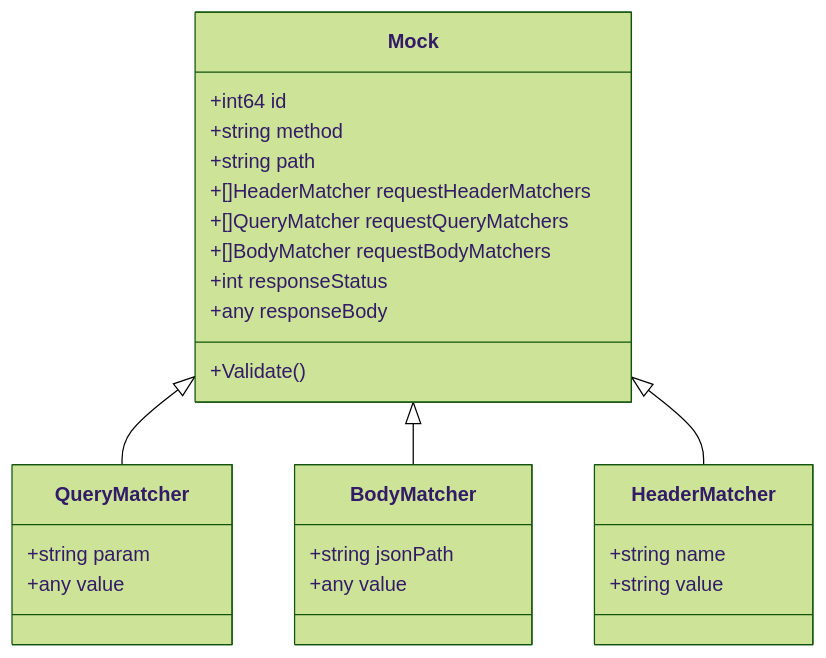
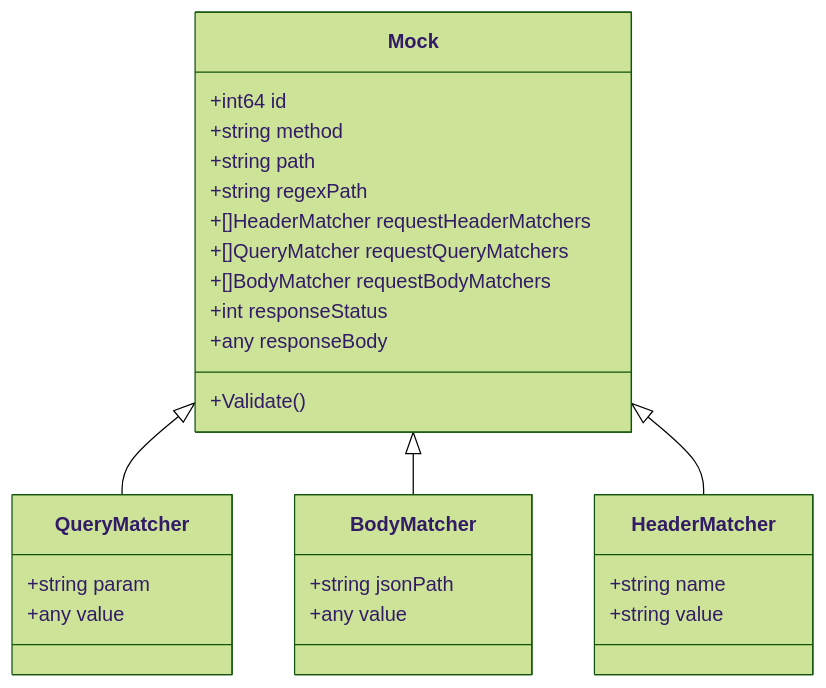
The diagram in README.md (rromanowicz/mockery), drawn with Mermaid (forest theme) before and after one commit. The commit also changed other lines of this file, not shown here.

````diff
--- a/README.md
+++ b/README.md
@@ -49,30 +49,31 @@
 ```mermaid
 classDiagram
   Mock <|-- QueryMatcher
   Mock <|-- BodyMatcher
   Mock <|-- HeaderMatcher
 
   class Mock {
       +int64 id
       +string method
       +string path
+      +string regexPath
       +[]HeaderMatcher requestHeaderMatchers
       +[]QueryMatcher requestQueryMatchers
       +[]BodyMatcher requestBodyMatchers
       +int responseStatus
       +any responseBody
       +Validate()
   }
   class QueryMatcher {
       +string param
       +any value
   }
   class BodyMatcher {
       +string jsonPath
       +any value
   }
   class HeaderMatcher {
       +string name
       +string value
   }
 ```
````
